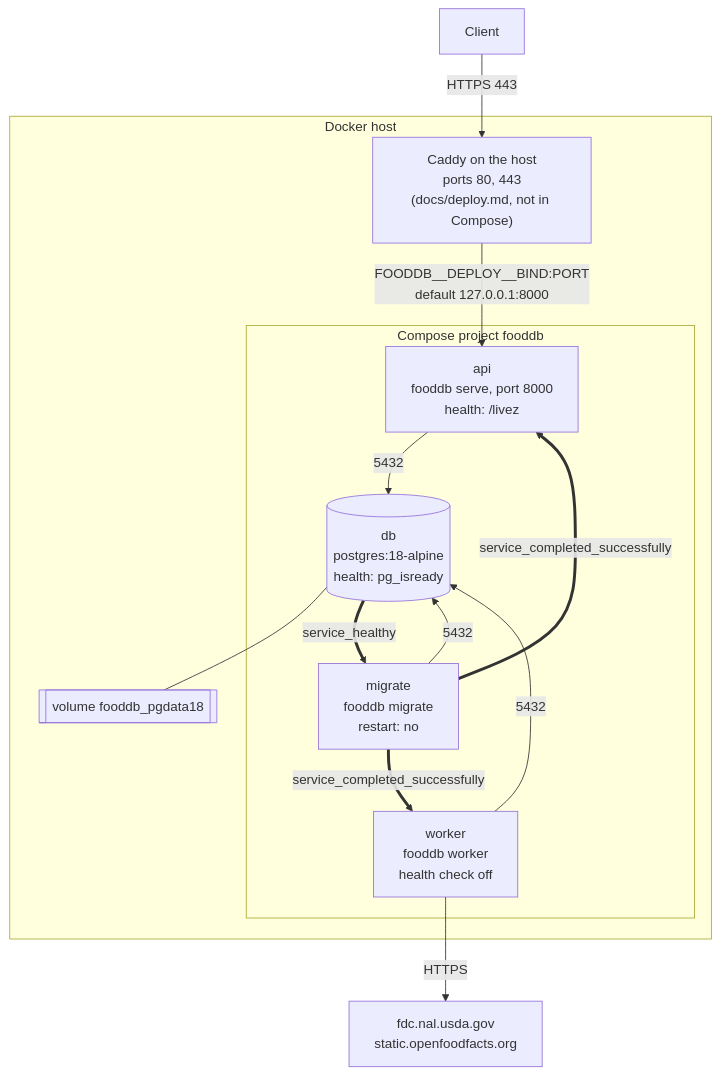
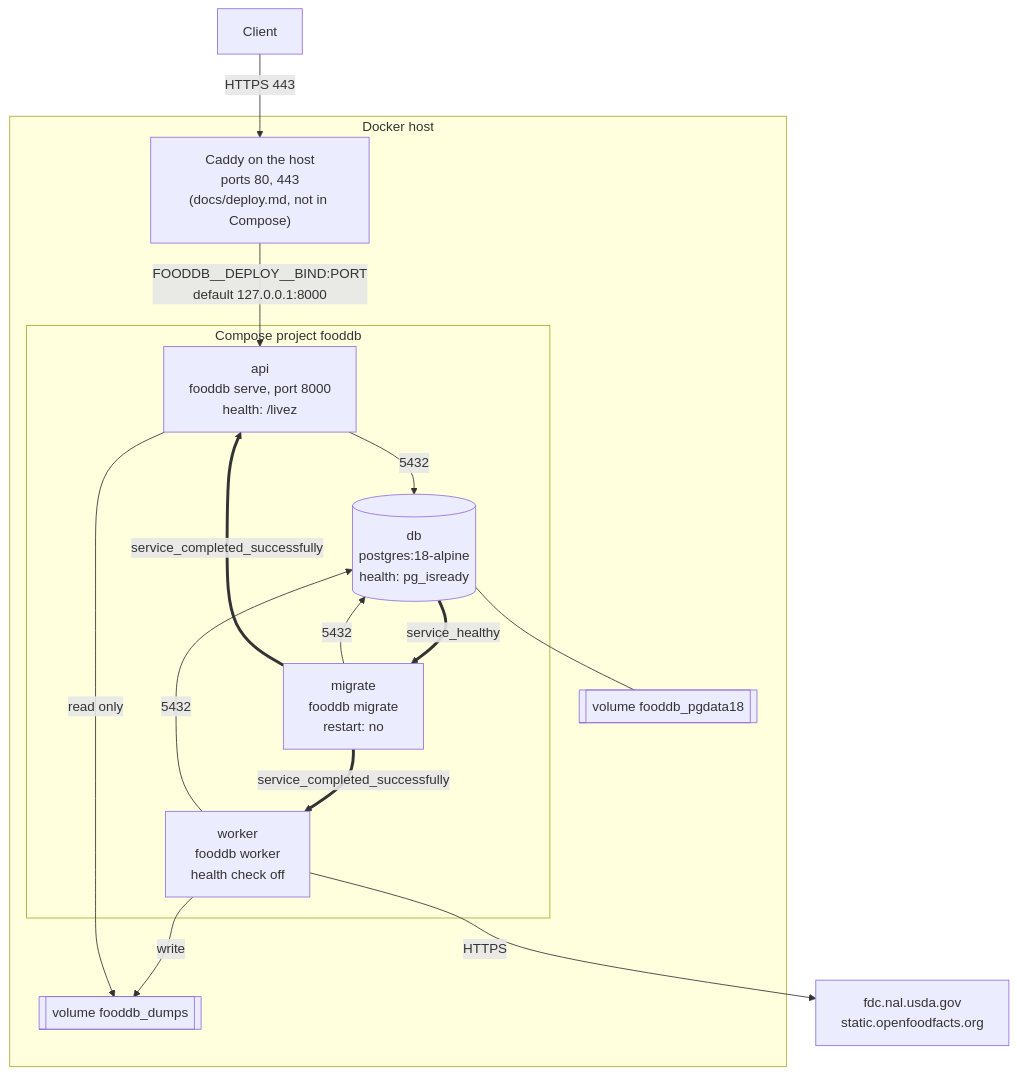
Before and after one commit to eait-fit/fooddb: the second of 14 diagrams in docs/architecture.md, drawn with Mermaid. The commit also changed other lines of this file and 17 other files, not shown here.

````diff
--- a/docs/architecture.md
+++ b/docs/architecture.md
@@ -66,25 +72,28 @@
 ```mermaid
 flowchart TB
     client["Client"]
     subgraph host["Docker host"]
         caddy["Caddy on the host<br/>ports 80, 443<br/>(docs/deploy.md, not in Compose)"]
         subgraph stack["Compose project fooddb"]
             dbc[("db<br/>postgres:18-alpine<br/>health: pg_isready")]
             mig["migrate<br/>fooddb migrate<br/>restart: no"]
             apic["api<br/>fooddb serve, port 8000<br/>health: /livez"]
             wk["worker<br/>fooddb worker<br/>health check off"]
         end
         vol[["volume fooddb_pgdata18"]]
+        dvol[["volume fooddb_dumps"]]
     end
     up["fdc.nal.usda.gov<br/>static.openfoodfacts.org"]
     client -->|"HTTPS 443"| caddy
     caddy -->|"FOODDB__DEPLOY__BIND:PORT<br/>default 127.0.0.1:8000"| apic
     dbc --- vol
+    wk -->|"write"| dvol
+    apic -->|"read only"| dvol
     mig -->|5432| dbc
     apic -->|5432| dbc
     wk -->|5432| dbc
     wk -->|HTTPS| up
     dbc ==>|service_healthy| mig
     mig ==>|service_completed_successfully| apic
     mig ==>|service_completed_successfully| wk
 ```
````
